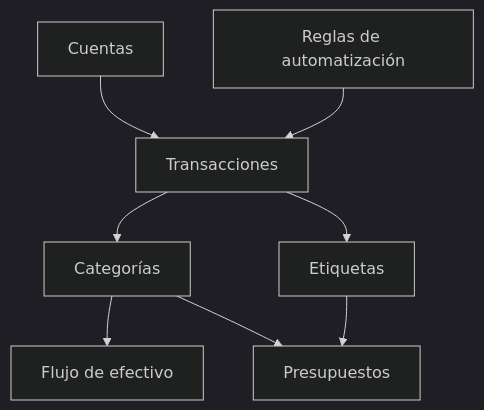
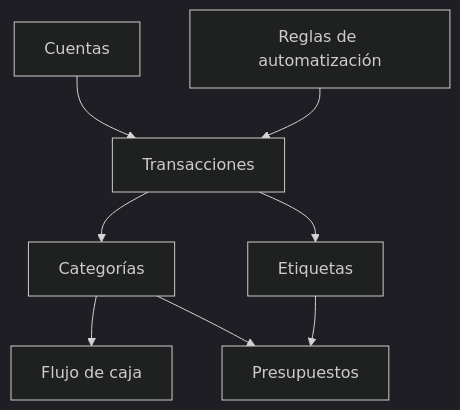
The diagram in resources/docs/documentation/10-getting-started-es.md (whisper-money/whisper-money), drawn with Mermaid (dark theme) before and after one commit. The commit also changed other lines of this file and 17 other files, not shown here.

````diff
--- a/resources/docs/documentation/10-getting-started-es.md
+++ b/resources/docs/documentation/10-getting-started-es.md
@@ -24,11 +24,11 @@
 ```mermaid
 flowchart TD
     %% diagram: money-map-es
     accounts[Cuentas] --> transactions[Transacciones]
     transactions --> categories[Categorías]
     transactions --> labels[Etiquetas]
-    categories --> cashflow[Flujo de efectivo]
+    categories --> cashflow[Flujo de caja]
     categories --> budgets[Presupuestos]
     labels --> budgets
     automation[Reglas de automatización] --> transactions
 ```
````
